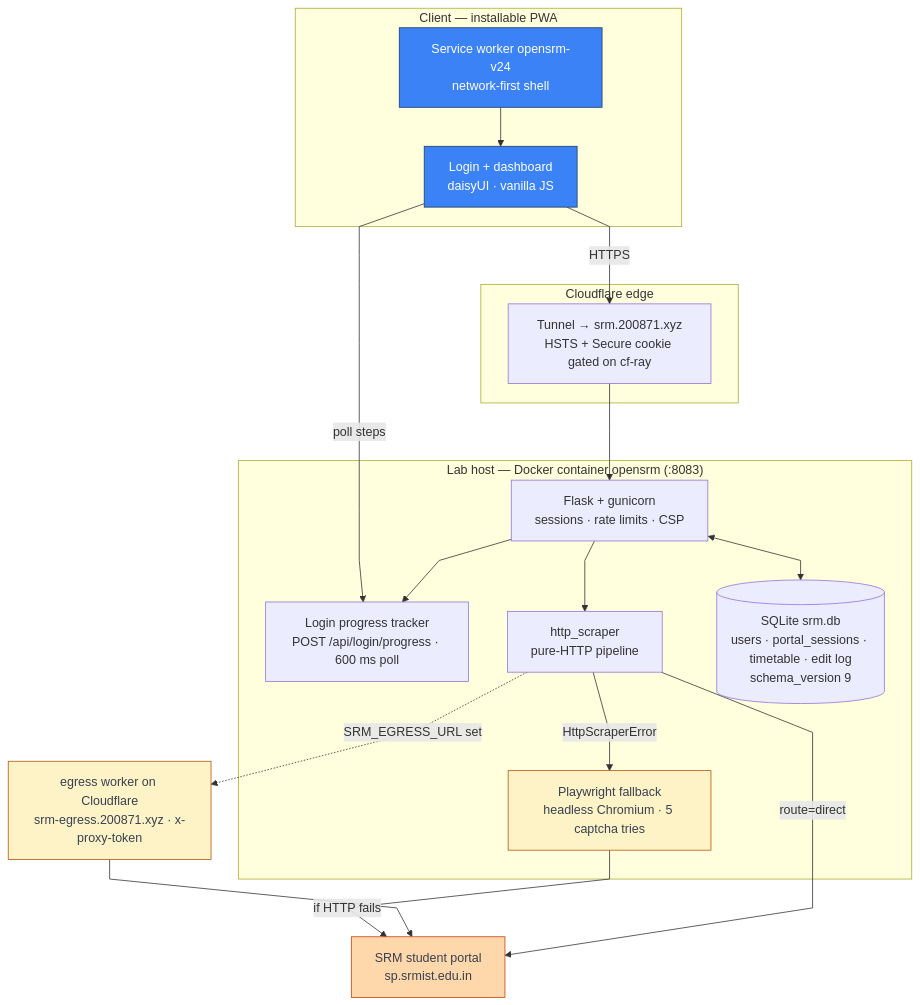
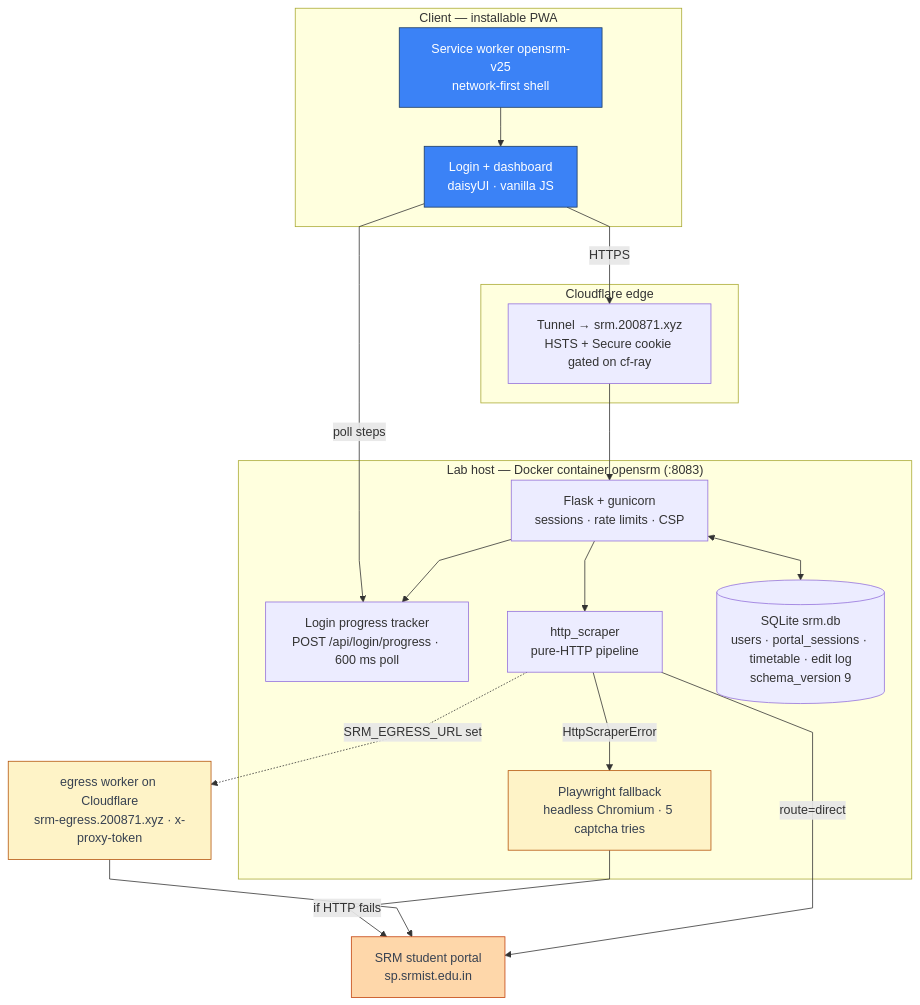
One commit to thenabbu/OpenSRM changed the first of 3 diagrams in README.md. Above: the diagram before and after it, drawn with Mermaid. The commit also changed 5 other files, not shown here.

````diff
--- a/README.md
+++ b/README.md
@@ -69,43 +69,43 @@
 ```mermaid
 %%{init: {"flowchart": {"curve": "linear"}}}%%
 flowchart TD
     subgraph client["Client — installable PWA"]
         UI["Login + dashboard<br/>daisyUI · vanilla JS"]
-        SW["Service worker opensrm-v24<br/>network-first shell"]
+        SW["Service worker opensrm-v25<br/>network-first shell"]
     end
 
     subgraph edge["Cloudflare edge"]
         TUN["Tunnel → srm.200871.xyz<br/>HSTS + Secure cookie gated on cf-ray"]
     end
 
     subgraph lab["Lab host — Docker container opensrm (:8083)"]
         FL["Flask + gunicorn<br/>sessions · rate limits · CSP"]
         PROG["Login progress tracker<br/>POST /api/login/progress · 600 ms poll"]
         HS["http_scraper<br/>pure-HTTP pipeline"]
         PW["Playwright fallback<br/>headless Chromium · 5 captcha tries"]
         DB[("SQLite srm.db<br/>users · portal_sessions · timetable · edit log<br/>schema_version 9")]
         FL --> PROG
         FL <--> DB
         FL --> HS
         HS -->|"HttpScraperError"| PW
     end
 
     EG["egress worker on Cloudflare<br/>srm-egress.200871.xyz · x-proxy-token"]
     P["SRM student portal<br/>sp.srmist.edu.in"]
 
     UI -->|"HTTPS"| TUN
     TUN --> FL
     SW --> UI
     UI -->|"poll steps"| PROG
     HS -->|"route=direct"| P
     HS -.->|"SRM_EGRESS_URL set"| EG
     EG --> P
     PW -->|"if HTTP fails"| P
 
     classDef client fill:#3b82f6,stroke:#1e3a5f,color:#ffffff
     classDef conditional fill:#fef3c7,stroke:#b45309,color:#374151
     classDef external fill:#fed7aa,stroke:#c2410c,color:#374151
     class UI,SW client
     class PW,EG conditional
     class P external
 ```
````
